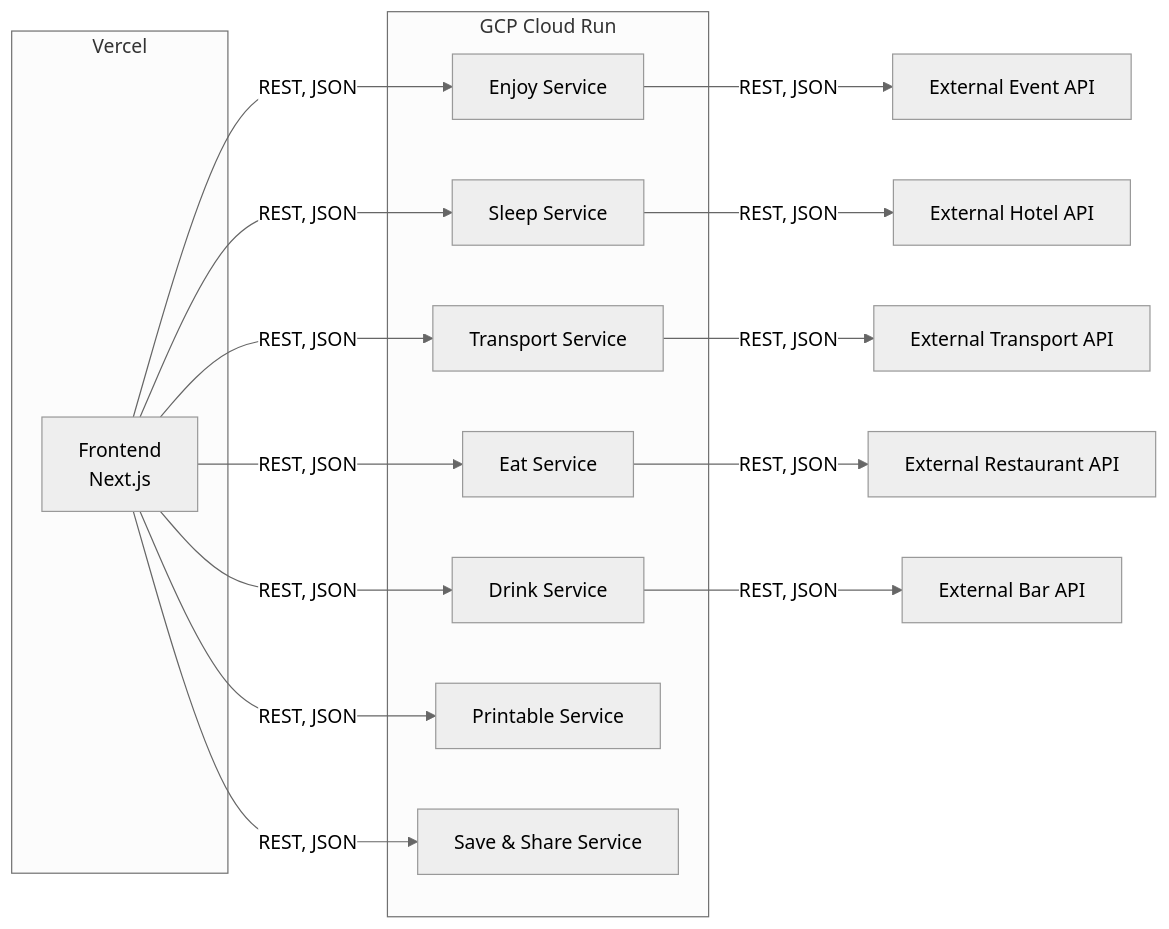
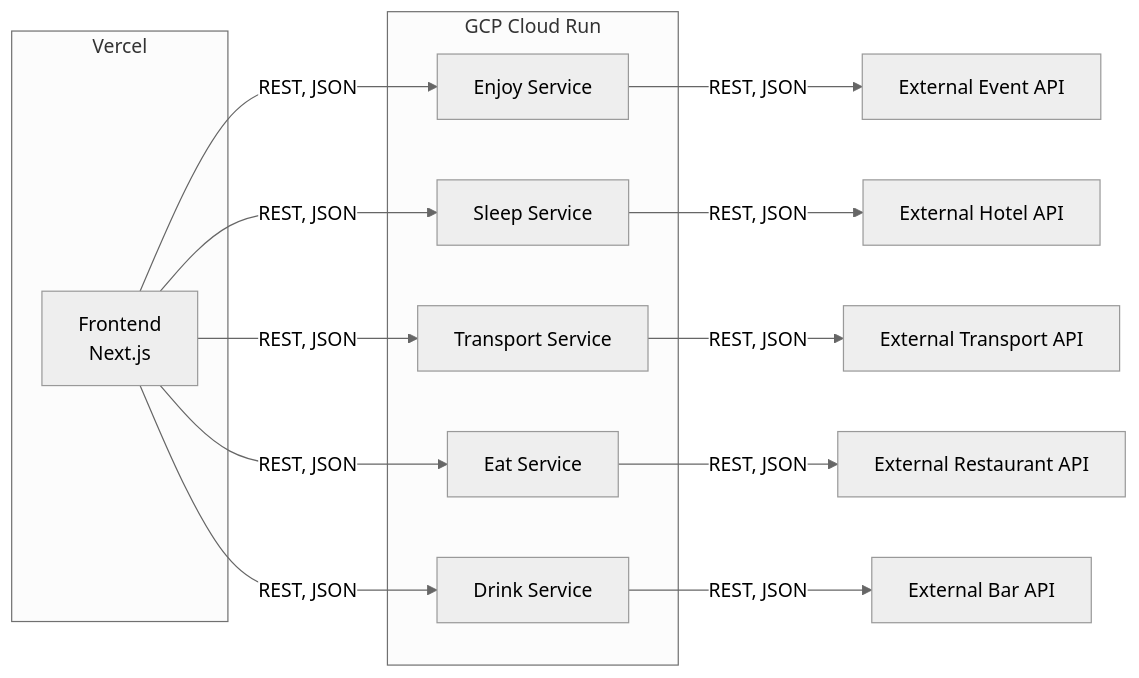
The diagram in README.md (EpicRoadTrip/EpicRoadTrip), drawn with Mermaid (neutral theme) before and after one commit. The commit also changed other lines of this file and 132 other files, not shown here.

````diff
--- a/README.md
+++ b/README.md
@@ -72,27 +72,23 @@
 ```mermaid
 graph LR
   subgraph Vercel
     A[Frontend<br>Next.js]
   end
   A -- REST, JSON --> D[Enjoy Service]
   A -- REST, JSON --> E[Sleep Service]
   A -- REST, JSON --> F[Transport Service]
   A -- REST, JSON --> G[Eat Service]
   A -- REST, JSON --> H[Drink Service]
-  A -- REST, JSON --> J[Printable Service]
-  A -- REST, JSON --> K[Save & Share Service]
   subgraph GCP Cloud Run
     D
     E
     F
     G
     H
-    J
-    K
   end
   D -- REST, JSON --> L[External Event API]
   E -- REST, JSON --> M[External Hotel API]
   F -- REST, JSON --> N[External Transport API]
   G -- REST, JSON --> O[External Restaurant API]
   H -- REST, JSON --> P[External Bar API]
 ```
````
